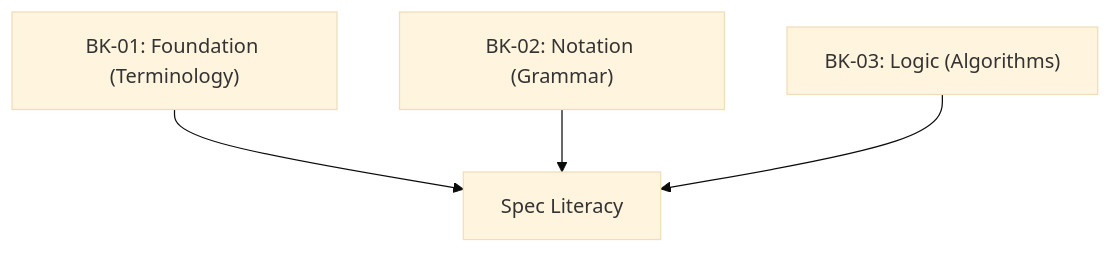
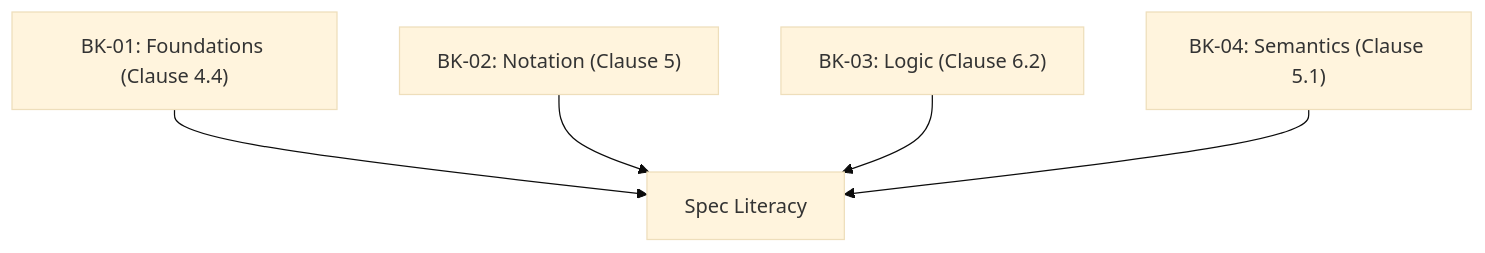
One commit to syahputrawork98-sketch/JavaScript-Learning-Hub changed the diagram in RAK-04-core-specification/SR-01-spec-algorithm-conventions/README.md. Above: the diagram before and after it, drawn with Mermaid (base theme). The commit also changed other lines of this file and 225 other files, not shown here.

Commit message:
feat: Add comprehensive documentation for SR-01 Spec Algorithm Conventions, covering foundations, grammar notation, algorithm conventions, and static semantic rules.

````diff
--- a/RAK-04-core-specification/SR-01-spec-algorithm-conventions/README.md
+++ b/RAK-04-core-specification/SR-01-spec-algorithm-conventions/README.md
@@ -13,6 +13,7 @@
 ```mermaid
 graph TD
-    P1["BK-01: Foundation (Terminology)"] --> Core["Spec Literacy"]
-    P2["BK-02: Notation (Grammar)"] --> Core
-    P3["BK-03: Logic (Algorithms)"] --> Core
+    P1["BK-01: Foundations (Clause 4.4)"] --> Core["Spec Literacy"]
+    P2["BK-02: Notation (Clause 5)"] --> Core
+    P3["BK-03: Logic (Clause 6.2)"] --> Core
+    P4["BK-04: Semantics (Clause 5.1)"] --> Core
 ```
````
